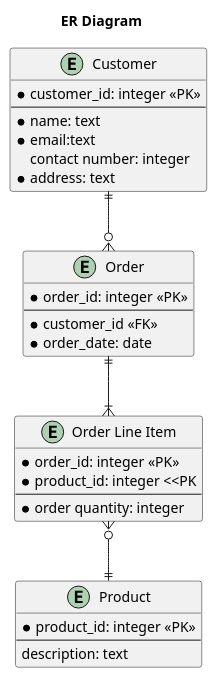
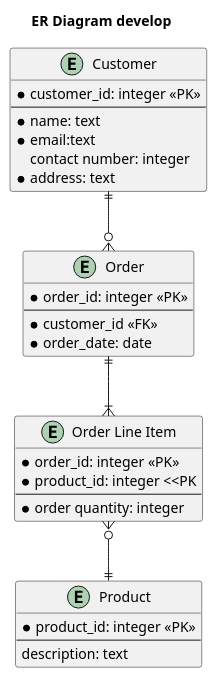
Before and after one commit to Svetlana123-max/Diagrams: the diagram in Class_diagram.plantuml, drawn with PlantUML.

```diff
--- a/Class_diagram.plantuml
+++ b/Class_diagram.plantuml
@@ -1,36 +1,36 @@
 @startuml
 
-title ER Diagram
+title ER Diagram develop
 
  entity "Customer" as 01 {
     *customer_id: integer <<PK>>
     --
     *name: text 
     *email:text 
     contact number: integer
     *address: text
  }
     entity "Order" as 02 {
         *order_id: integer <<PK>>
         --
         *customer_id <<FK>>
         *order_date: date
     }
 
     entity "Order Line Item" as 03{
         *order_id: integer <<PK>>
         *product_id: integer <<PK
         --
         *order quantity: integer
     }
     entity "Product" as 04 {
         *product_id: integer <<PK>>
         --
         description: text
     }
 
  01||--o{02
  02||--|{03
  03}o--||04
 
 @enduml
```
